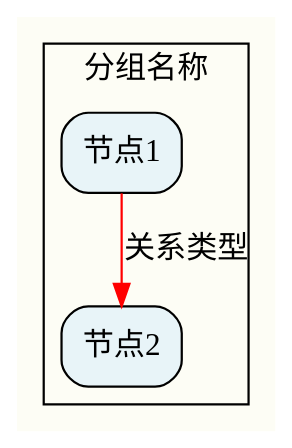
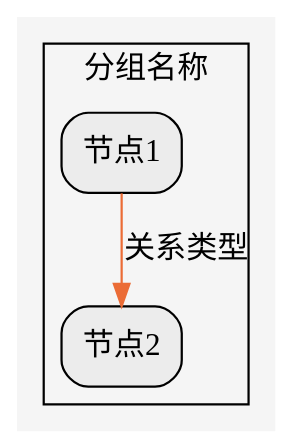
The first of 5 diagrams in research-to-diagram/SKILL.md (qi-o/claude-code-skills), drawn with Graphviz before and after one commit. The commit also changed other lines of this file and 15 other files, not shown here.

````diff
--- a/research-to-diagram/SKILL.md
+++ b/research-to-diagram/SKILL.md
@@ -82,18 +82,18 @@
 ```dot
 digraph G {
-    // 全局样式
-    graph [rankdir=TB bgcolor="#fdfdf5" fontname="Arial Unicode MS"]
-    node [shape=box style="rounded,filled" fillcolor="#e8f4f8"]
-    edge [fontname="Arial Unicode MS"]
+    // 语义化颜色令牌（~/.claude/references/design-tokens.md）
+    graph [rankdir=TB bgcolor="#f5f5f5" fontname="Microsoft YaHei"]
+    node [shape=box style="rounded,filled" fillcolor="#ececec"]
+    edge [fontname="Microsoft YaHei"]
 
     // 使用 subgraph cluster 分组
     subgraph cluster_group1 {
         label="分组名称"
         node1 [label="节点1"]
         node2 [label="节点2"]
     }
 
     // 定义关系
-    node1 -> node2 [label="关系类型" color=red]
+    node1 -> node2 [label="关系类型" color="#eb6c36"]  // accent token for focal edges
 }
 ```
````
